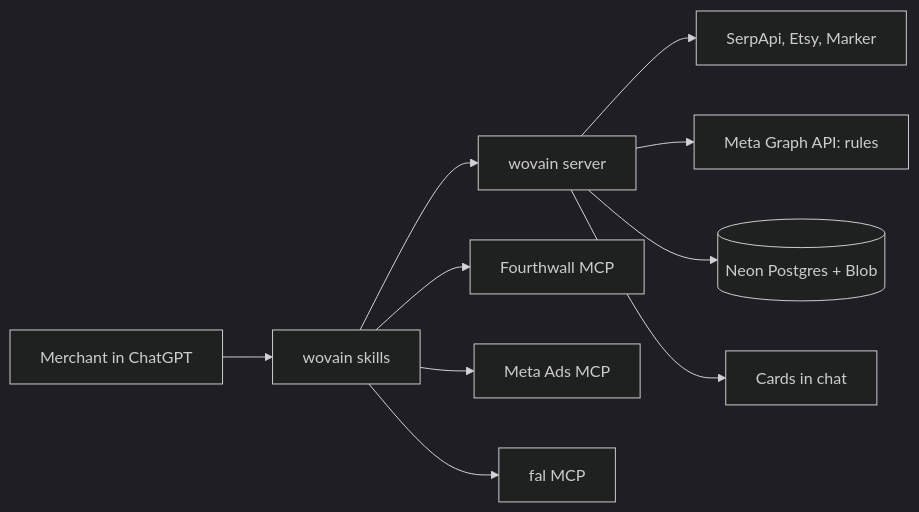
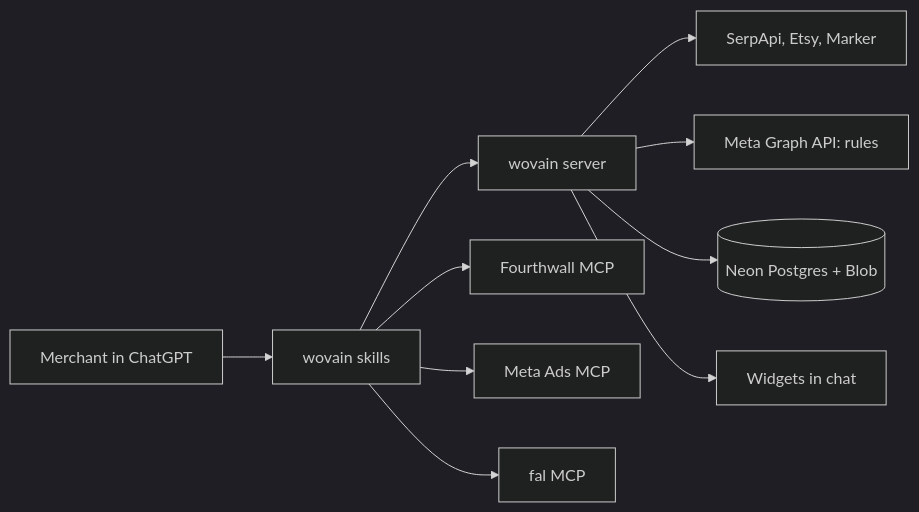
One commit to sami-m-g/wovain changed the diagram in devpost/spec.md. Above: the diagram before and after it, drawn with Mermaid (dark theme). The commit also changed other lines of this file and 110 other files, not shown here.

First line of the commit message:
refactor(widgets): rename cards to widgets

````diff
--- a/devpost/spec.md
+++ b/devpost/spec.md
@@ -37,12 +37,12 @@
 ```mermaid
 flowchart LR
   U[Merchant in ChatGPT] --> S[wovain skills]
   S --> W[wovain server]
   S --> FW[Fourthwall MCP]
   S --> MA[Meta Ads MCP]
   S --> FAL[fal MCP]
   W --> SA[SerpApi, Etsy, Marker]
   W --> G[Meta Graph API: rules]
   W --> J[(Neon Postgres + Blob)]
-  W --> C[Cards in chat]
+  W --> C[Widgets in chat]
 ```
````
